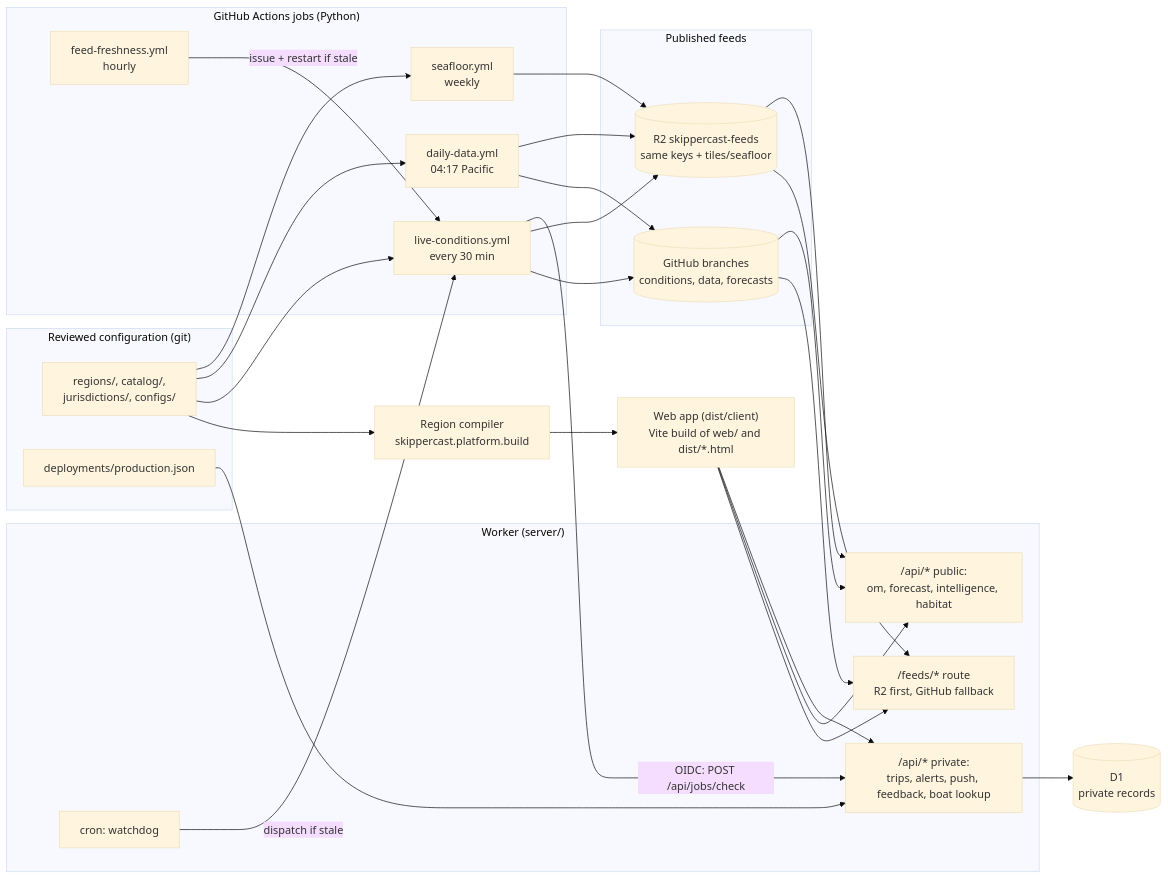
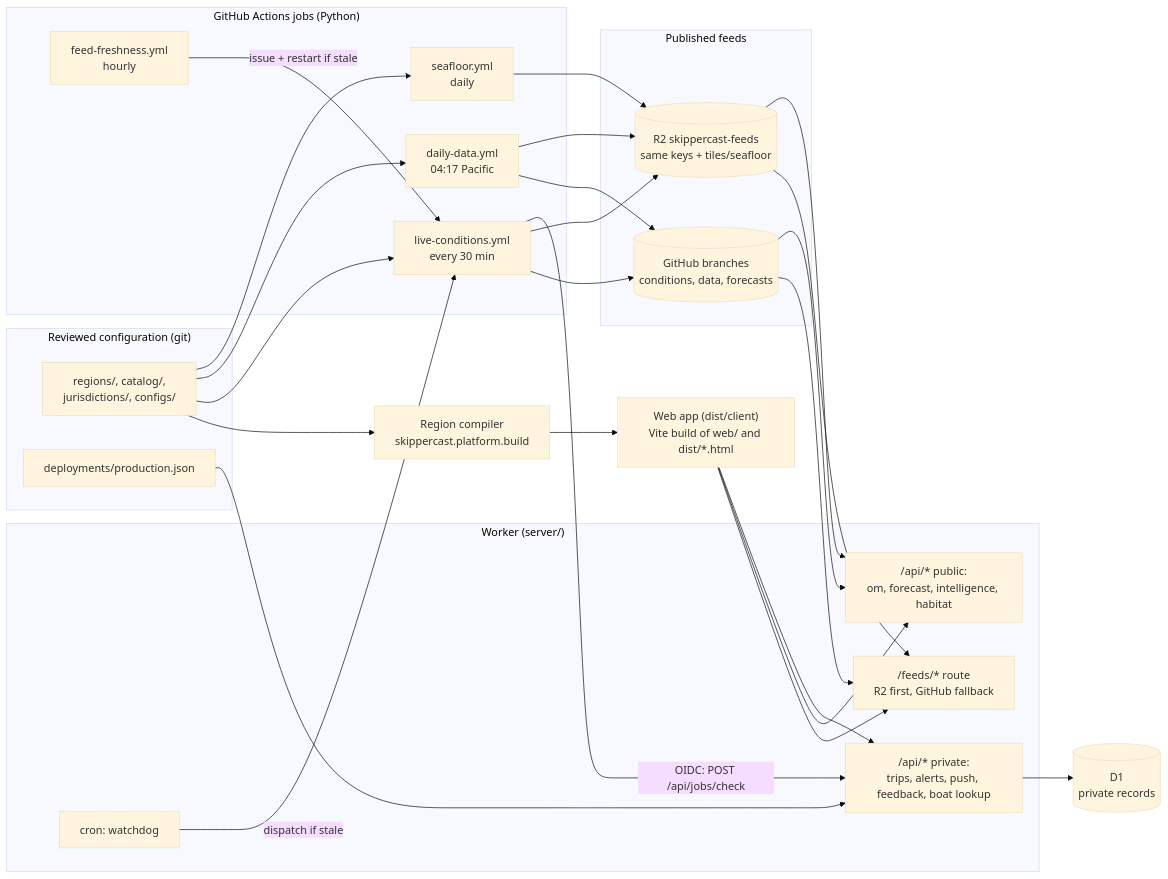
The second of 2 diagrams in docs/architecture.md (Grahammmm/skippercast), drawn with Mermaid (base theme) before and after one commit. The commit also changed other lines of this file and 2 other files, not shown here.

Commit message:
Docs: seafloor job is daily; UTC rule for date-only values
seafloor.yml runs on cron '23 10 * * *' (daily), but architecture.md and seafloor.md still said weekly/Mondays. Also state in testing.md that bare YYYY-MM-DD values are parsed at UTC noon and formatted in UTC, as day() in Reports.tsx does. Historical M4 note and regional-legal-review row left as is.

````diff
--- a/docs/architecture.md
+++ b/docs/architecture.md
@@ -40,43 +40,43 @@
 ```mermaid
 flowchart LR
     subgraph config["Reviewed configuration (git)"]
       regions["regions/, catalog/,<br/>jurisdictions/, configs/"]
       deploy["deployments/production.json"]
     end
     subgraph jobs["GitHub Actions jobs (Python)"]
       live["live-conditions.yml<br/>every 30 min"]
       daily["daily-data.yml<br/>04:17 Pacific"]
-      seafloorjob["seafloor.yml<br/>weekly"]
+      seafloorjob["seafloor.yml<br/>daily"]
       fresh["feed-freshness.yml<br/>hourly"]
     end
     subgraph stores["Published feeds"]
       branches[("GitHub branches<br/>conditions, data, forecasts")]
       r2[("R2 skippercast-feeds<br/>same keys + tiles/seafloor")]
     end
     subgraph edge["Worker (server/)"]
       feedsroute["/feeds/* route<br/>R2 first, GitHub fallback"]
       api["/api/* public:<br/>om, forecast, intelligence, habitat"]
       private["/api/* private:<br/>trips, alerts, push, feedback, boat lookup"]
       cron["cron: watchdog"]
     end
     d1[("D1<br/>private records")]
     web["Web app (dist/client)<br/>Vite build of web/ and dist/*.html"]
     compiler["Region compiler<br/>skippercast.platform.build"]
     regions --> compiler --> web
     regions --> live & daily & seafloorjob
     live --> branches
     live --> r2
     daily --> branches
     daily --> r2
     seafloorjob --> r2
     branches --> feedsroute
     r2 --> feedsroute
     r2 --> api
     branches --> api
     web --> feedsroute & api & private
     private --> d1
     live -->|"OIDC: POST /api/jobs/check"| private
     cron -->|"dispatch if stale"| live
     fresh -->|"issue + restart if stale"| live
     deploy --> private
 ```
````
